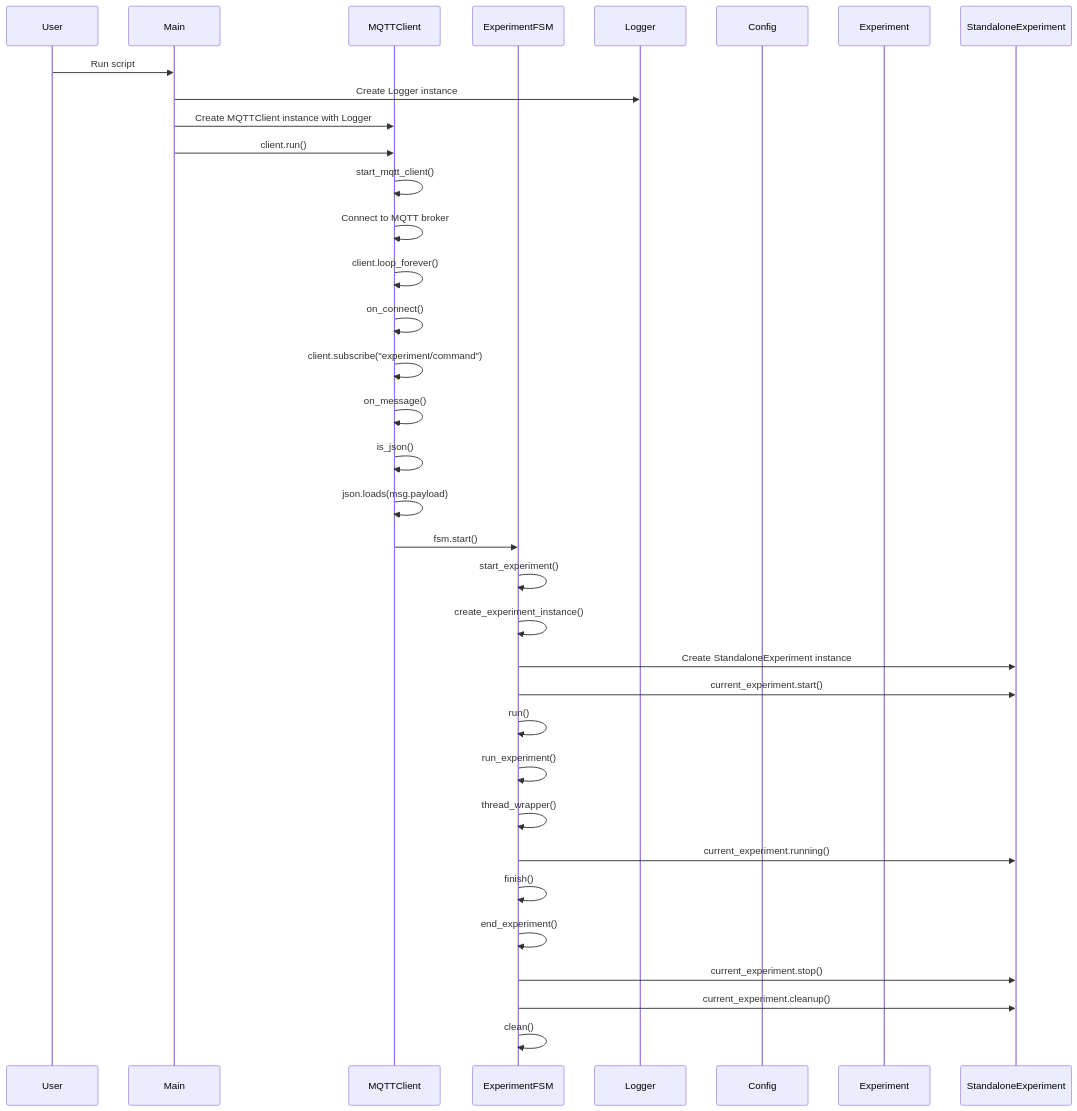
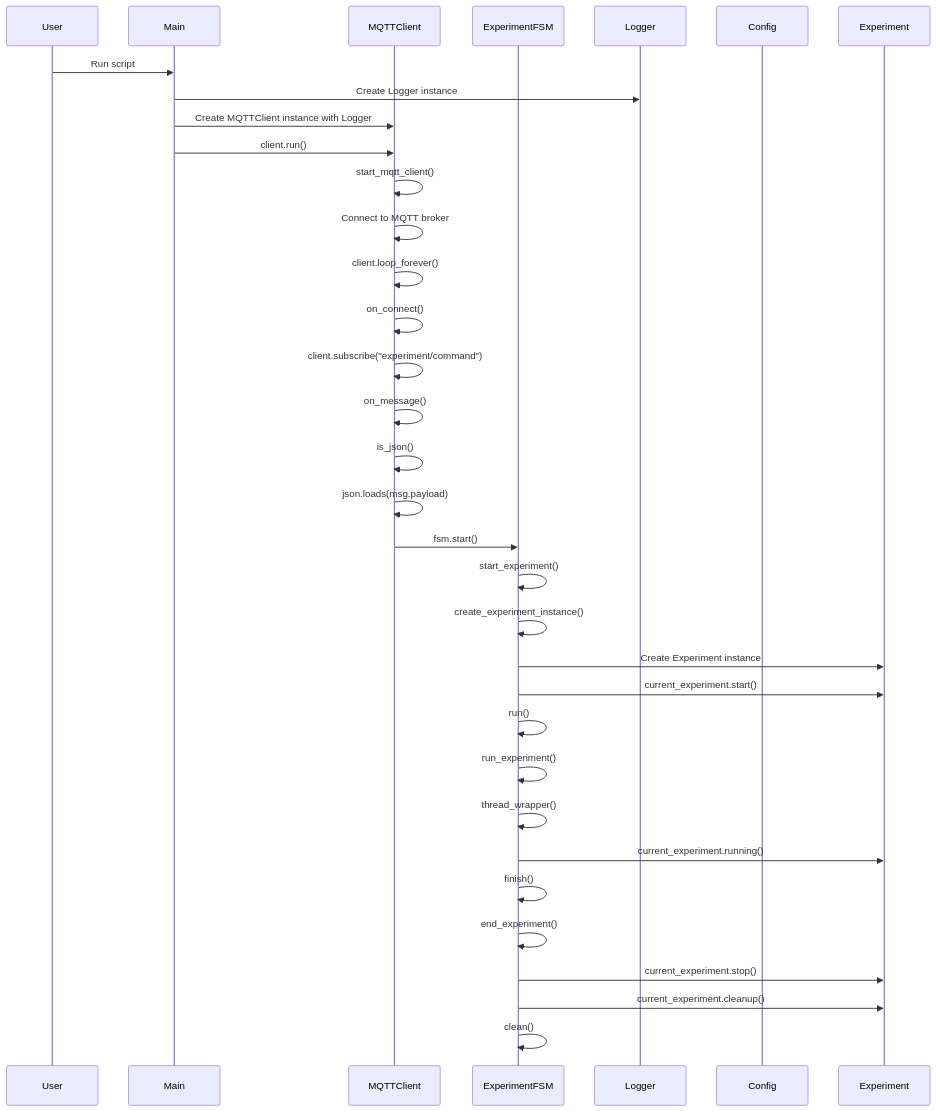
Before and after one commit to ark-sys/scalehub: the diagram in scripts/monitor/experiment-monitor.md, drawn with Mermaid. The commit also changed 31 other files, not shown here.

````diff
--- a/scripts/monitor/experiment-monitor.md
+++ b/scripts/monitor/experiment-monitor.md
@@ -1,36 +1,36 @@
 ```mermaid
 sequenceDiagram
     participant User
     participant Main
     participant MQTTClient
     participant ExperimentFSM
     participant Logger
     participant Config
     participant Experiment
     User ->> Main: Run script
     Main ->> Logger: Create Logger instance
     Main ->> MQTTClient: Create MQTTClient instance with Logger
     Main ->> MQTTClient: client.run()
     MQTTClient ->> MQTTClient: start_mqtt_client()
     MQTTClient ->> MQTTClient: Connect to MQTT broker
     MQTTClient ->> MQTTClient: client.loop_forever()
     MQTTClient ->> MQTTClient: on_connect()
     MQTTClient ->> MQTTClient: client.subscribe("experiment/command")
     MQTTClient ->> MQTTClient: on_message()
     MQTTClient ->> MQTTClient: is_json()
     MQTTClient ->> MQTTClient: json.loads(msg.payload)
     MQTTClient ->> ExperimentFSM: fsm.start()
     ExperimentFSM ->> ExperimentFSM: start_experiment()
     ExperimentFSM ->> ExperimentFSM: create_experiment_instance()
-    ExperimentFSM ->> StandaloneExperiment: Create StandaloneExperiment instance
-    ExperimentFSM ->> StandaloneExperiment: current_experiment.start()
+    ExperimentFSM ->> Experiment: Create Experiment instance
+    ExperimentFSM ->> Experiment: current_experiment.start()
     ExperimentFSM ->> ExperimentFSM: run()
     ExperimentFSM ->> ExperimentFSM: run_experiment()
     ExperimentFSM ->> ExperimentFSM: thread_wrapper()
-    ExperimentFSM ->> StandaloneExperiment: current_experiment.running()
+    ExperimentFSM ->> Experiment: current_experiment.running()
     ExperimentFSM ->> ExperimentFSM: finish()
     ExperimentFSM ->> ExperimentFSM: end_experiment()
-    ExperimentFSM ->> StandaloneExperiment: current_experiment.stop()
-    ExperimentFSM ->> StandaloneExperiment: current_experiment.cleanup()
+    ExperimentFSM ->> Experiment: current_experiment.stop()
+    ExperimentFSM ->> Experiment: current_experiment.cleanup()
     ExperimentFSM ->> ExperimentFSM: clean()
 ```
````
